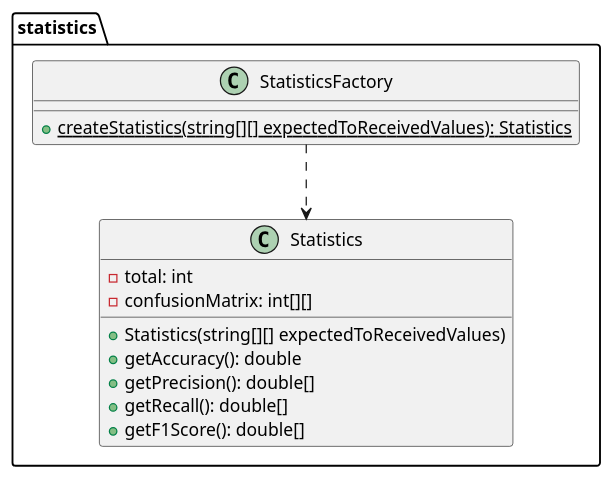
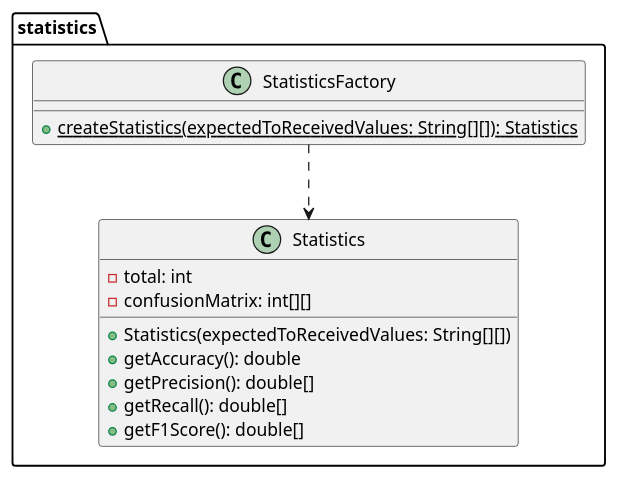
One commit to kambed/Computer-Recognition-Systems changed the eighth of 10 diagrams in README.md. Above: the diagram before and after it, drawn with PlantUML. The commit also changed other lines of this file, not shown here.

Commit message:
UML fixes

````diff
--- a/README.md
+++ b/README.md
@@ -334,17 +334,17 @@
 ```plantuml
 package statistics {
     class Statistics {
         - total: int
         - confusionMatrix: int[][]
-        + Statistics(string[][] expectedToReceivedValues)
+        + Statistics(expectedToReceivedValues: String[][])
         + getAccuracy(): double
         + getPrecision(): double[]
         + getRecall(): double[]
         + getF1Score(): double[]
     }
     class StatisticsFactory {
-        + {static} createStatistics(string[][] expectedToReceivedValues): Statistics
+        + {static} createStatistics(expectedToReceivedValues: String[][]): Statistics
     }
     StatisticsFactory ..> Statistics
 }
 ```
````
